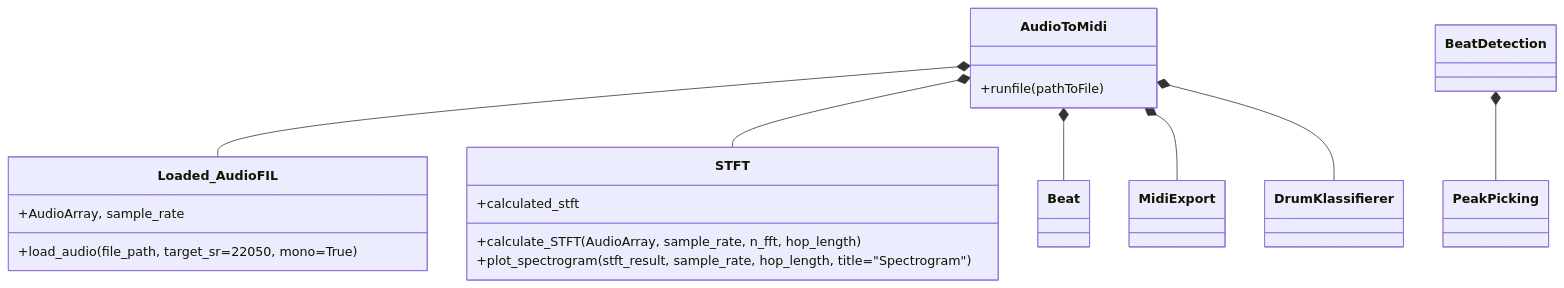
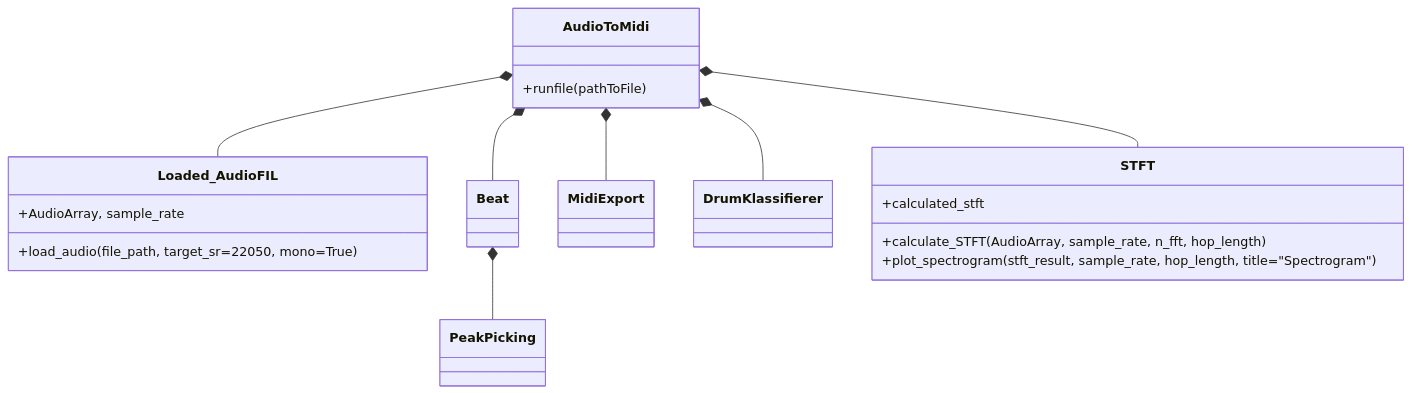
The diagram in ClassDiagramm/Classes.mmd (petwie/Audio-to-MIDI), drawn with Mermaid before and after one commit.

Commit message:
Nachbesserung

```diff
--- a/ClassDiagramm/Classes.mmd
+++ b/ClassDiagramm/Classes.mmd
@@ -1,37 +1,37 @@
 classDiagram
 direction TB
     class Loaded_AudioFIL{
         +AudioArray, sample_rate
         +load_audio(file_path, target_sr=22050, mono=True)
     }
 
     class Beat{
     }
 
     class PeakPicking{
     }
 
     class AudioToMidi{
       +runfile(pathToFile)
     }
 
     class MidiExport{
 
     }
 
     class DrumKlassifierer{
 
     }
 
     class STFT{
         +calculated_stft
         +calculate_STFT(AudioArray, sample_rate, n_fft, hop_length)
         +plot_spectrogram(stft_result, sample_rate, hop_length, title="Spectrogram")
     }
 
     AudioToMidi *-- Loaded_AudioFIL
     AudioToMidi *-- STFT
     AudioToMidi *-- Beat
     AudioToMidi *-- MidiExport
     AudioToMidi *-- DrumKlassifierer
-    BeatDetection *-- PeakPicking       
+    Beat *-- PeakPicking       
```
